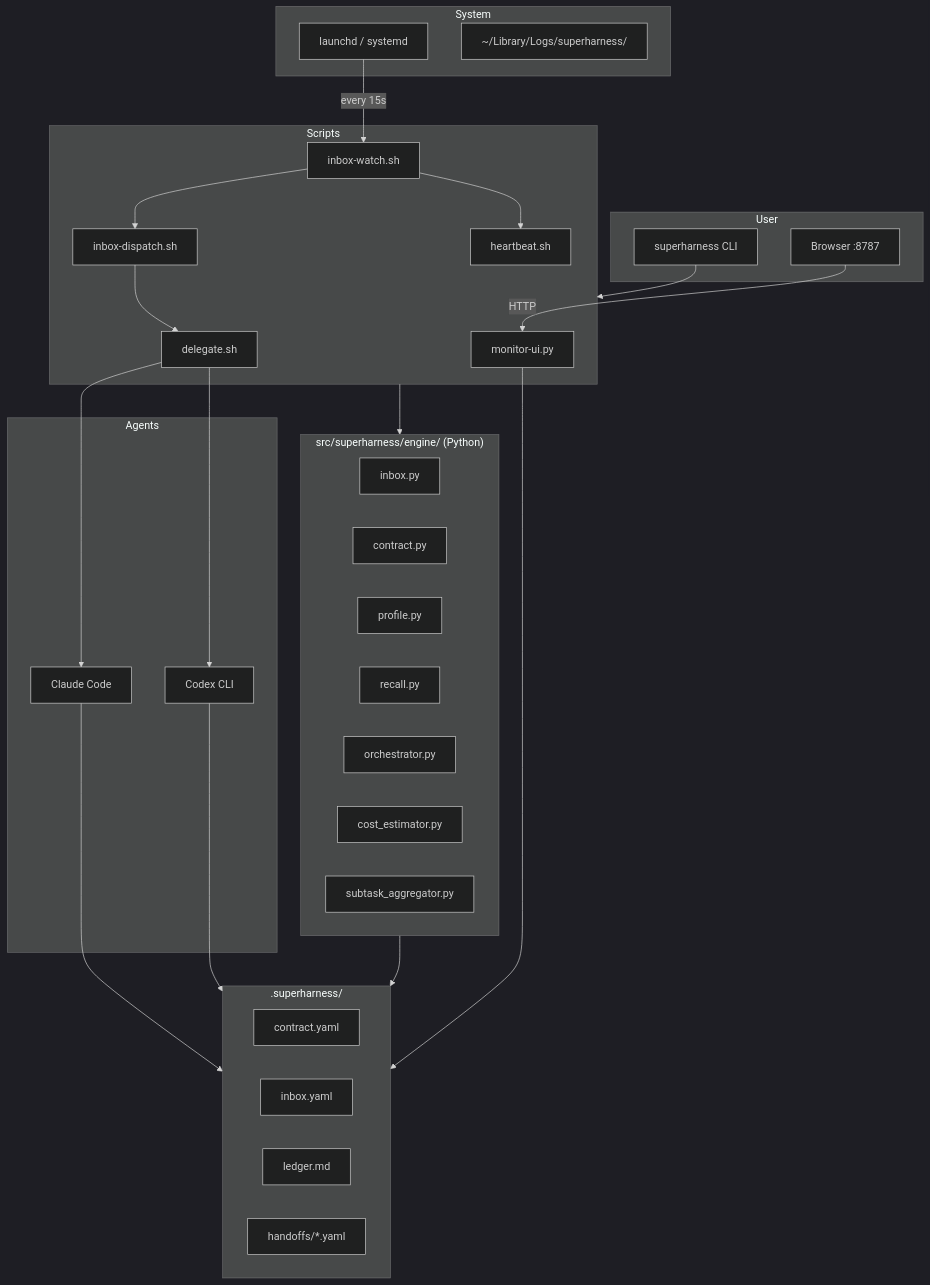
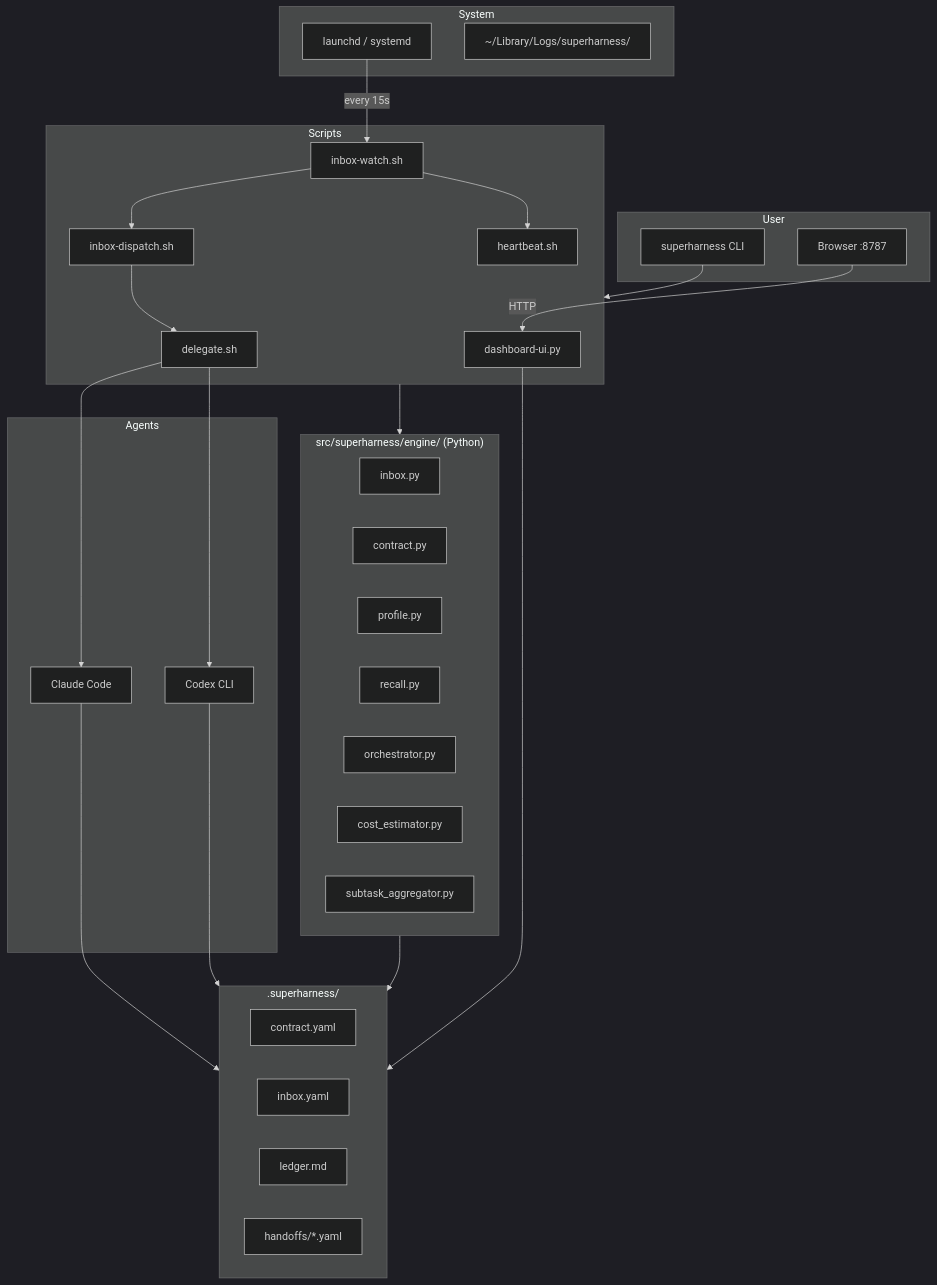
Before and after one commit to artificemachine/superharness: the diagram in docs/ARCHITECTURE.md, drawn with Mermaid (dark theme). The commit also changed other lines of this file and 66 other files, not shown here.

````diff
--- a/docs/ARCHITECTURE.md
+++ b/docs/ARCHITECTURE.md
@@ -92,56 +92,56 @@
 ```mermaid
 graph TB
     subgraph User
         CLI["superharness CLI"]
         Browser["Browser :8787"]
     end
 
     subgraph Scripts
         delegate["delegate.sh"]
         dispatch["inbox-dispatch.sh"]
         watch["inbox-watch.sh"]
         heartbeat["heartbeat.sh"]
-        monitor["monitor-ui.py"]
+        dashboard["dashboard-ui.py"]
     end
 
     subgraph Engine["src/superharness/engine/ (Python)"]
         inbox_py["inbox.py"]
         contract_py["contract.py"]
         profile_py["profile.py"]
         recall_py["recall.py"]
         orchestrator_py["orchestrator.py"]
         cost_estimator_py["cost_estimator.py"]
         subtask_agg_py["subtask_aggregator.py"]
     end
 
     subgraph State[".superharness/"]
         contract["contract.yaml"]
         inbox["inbox.yaml"]
         ledger["ledger.md"]
         handoffs["handoffs/*.yaml"]
     end
 
     subgraph Agents
         claude["Claude Code"]
         codex["Codex CLI"]
     end
 
     subgraph System
         launchd["launchd / systemd"]
         logs["~/Library/Logs/superharness/"]
     end
 
     CLI --> Scripts
-    Browser -->|HTTP| monitor
+    Browser -->|HTTP| dashboard
     launchd -->|every 15s| watch
     watch --> dispatch
     watch --> heartbeat
     dispatch --> delegate
     delegate --> claude
     delegate --> codex
-    monitor --> State
+    dashboard --> State
     claude --> State
     codex --> State
     Engine --> State
     Scripts --> Engine
 ```
````
